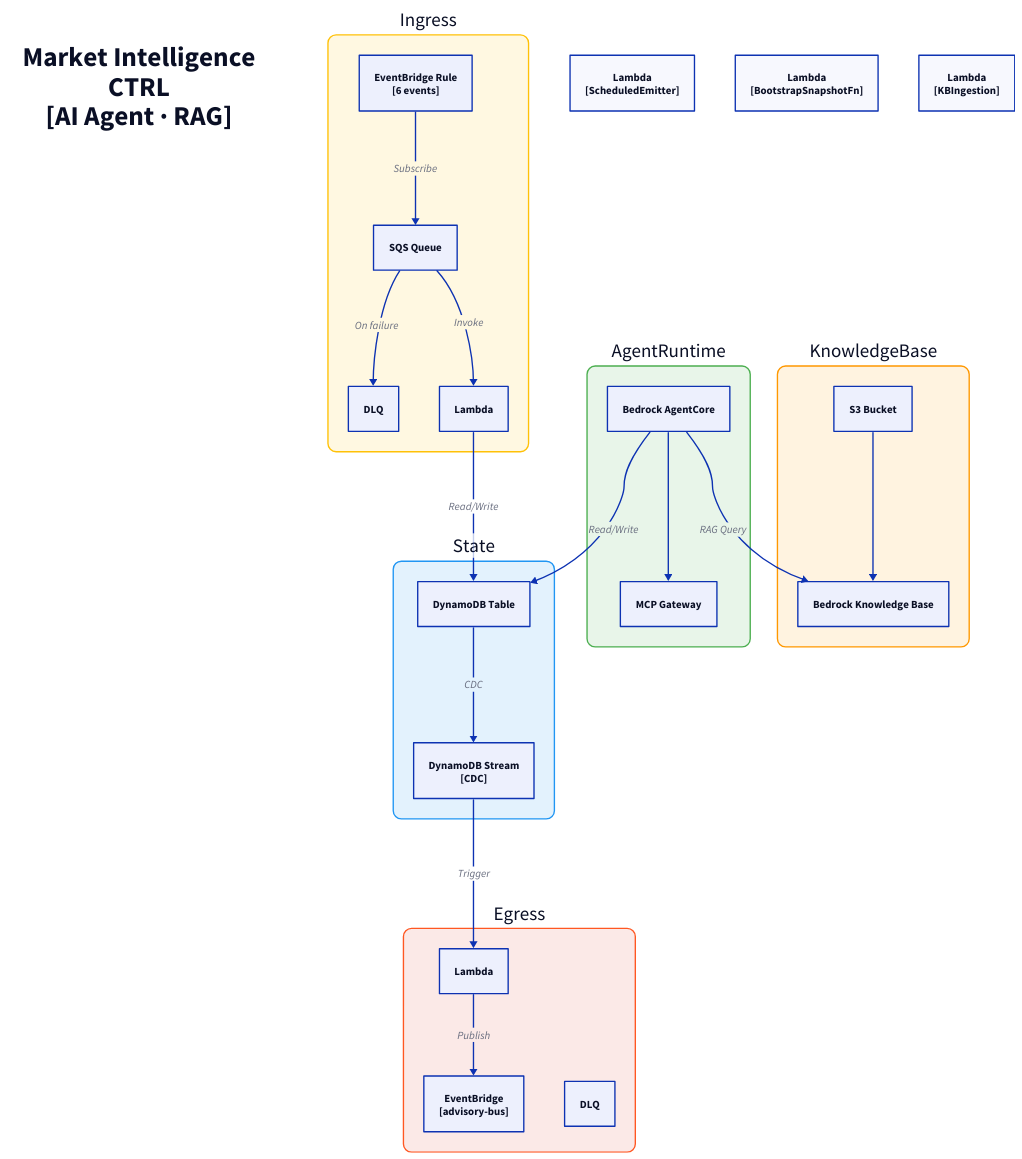
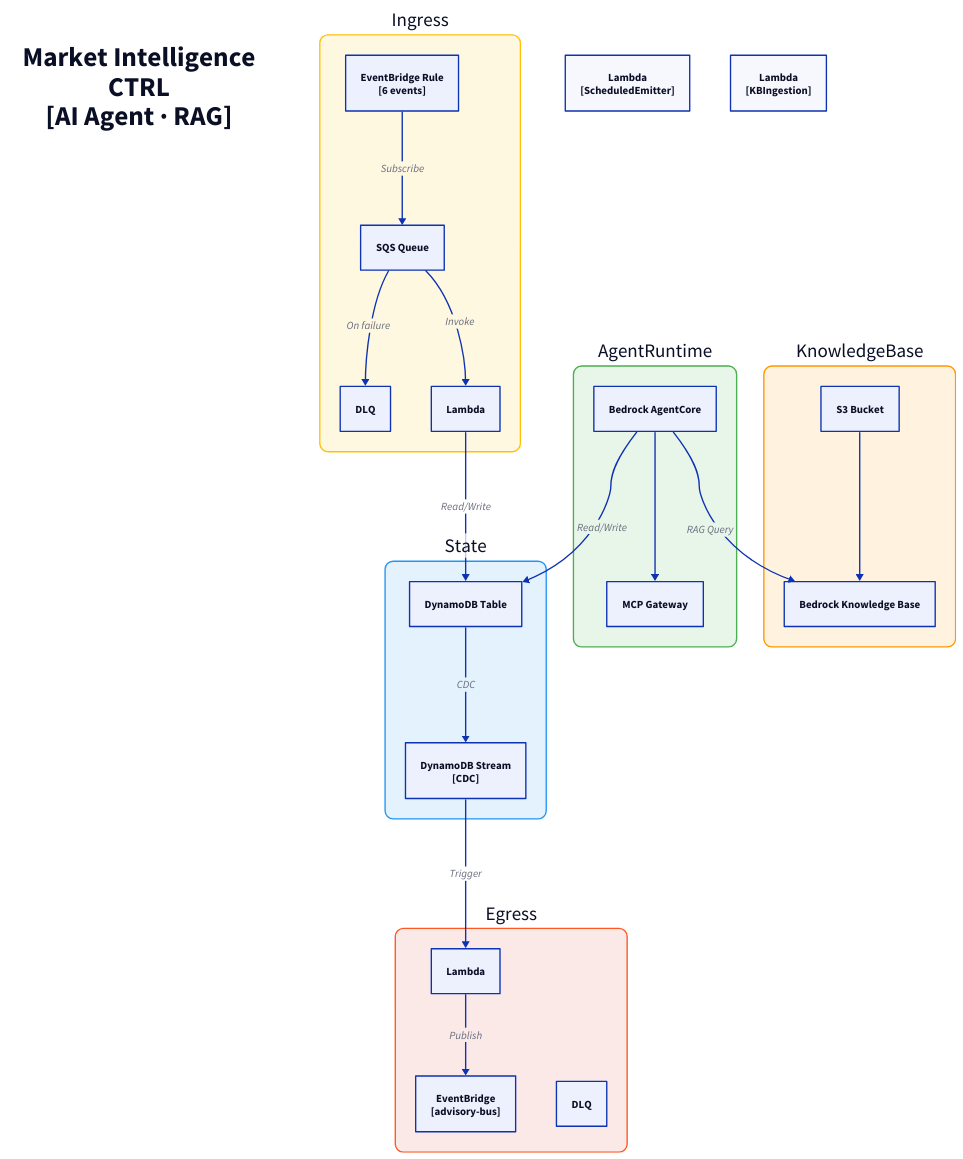
One commit to fabio-vitali/nestfolio changed the diagram in docs/architecture/c3/market-intelligence-ctrl.d2. Above: the diagram before and after it, drawn with D2. The commit also changed 4 other files, not shown here.

First line of the commit message:
docs(advisory): regen C4 + advisory-cycle flow post-bootstrap removal

```diff
--- a/docs/architecture/c3/market-intelligence-ctrl.d2
+++ b/docs/architecture/c3/market-intelligence-ctrl.d2
@@ -1,57 +1,56 @@
 direction: down
 
 title: "Market Intelligence\nCTRL\n[AI Agent · RAG]" {
   style: { font-size: 40; bold: true; fill: transparent; stroke: transparent }
 }
 
 ingress: "Ingress" {
   style: { fill: "#FFF8E1"; stroke: "#FFC107"; border-radius: 12; font-size: 28 }
   rule: "EventBridge Rule\n[6 events]" { class: aws-eventbridge }
   sqs: "SQS Queue" { class: aws-sqs }
   dlq: "DLQ" { class: aws-dlq }
   handler: "Lambda" { class: aws-lambda }
 
   rule -> sqs: Subscribe
   sqs -> handler: Invoke
   sqs -> dlq: On failure
 }
 
 state: "State" {
   style: { fill: "#E3F2FD"; stroke: "#2196F3"; border-radius: 12; font-size: 28 }
   table: "DynamoDB Table" { class: aws-dynamodb }
   stream: "DynamoDB Stream\n[CDC]" { class: aws-ddb-stream }
   table -> stream: CDC
 }
 
 egress: "Egress" {
   style: { fill: "#FBE9E7"; stroke: "#FF5722"; border-radius: 12; font-size: 28 }
   processor: "Lambda" { class: aws-lambda }
   bus: "EventBridge\n[advisory-bus]" { class: aws-eventbridge }
   dlq: "DLQ" { class: aws-dlq }
 
   processor -> bus: Publish
 }
 
 agent-runtime: "AgentRuntime" {
   style: { fill: "#E8F5E9"; stroke: "#4CAF50"; border-radius: 12; font-size: 28 }
   runtime: "Bedrock AgentCore" { class: aws-bedrock }
   gateway: "MCP Gateway" { class: aws-lambda }
   runtime -> gateway
 }
 
 knowledge-base: "KnowledgeBase" {
   style: { fill: "#FFF3E0"; stroke: "#FF9800"; border-radius: 12; font-size: 28 }
   kb: "Bedrock Knowledge Base" { class: aws-bedrock }
   s3: "S3 Bucket" { class: aws-s3 }
   s3 -> kb
 }
 
 scheduled-emitter: "Lambda\n[ScheduledEmitter]" { class: aws-lambda }
-bootstrap-snapshot-fn: "Lambda\n[BootstrapSnapshotFn]" { class: aws-lambda }
 kbingestion: "Lambda\n[KBIngestion]" { class: aws-lambda }
 
 # Flows
 ingress.handler -> state.table: Read/Write
 state.stream -> egress.processor: Trigger
 agent-runtime.runtime -> knowledge-base.kb: RAG Query
 agent-runtime.runtime -> state.table: Read/Write
```
